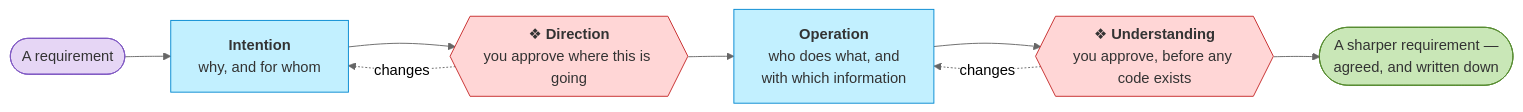
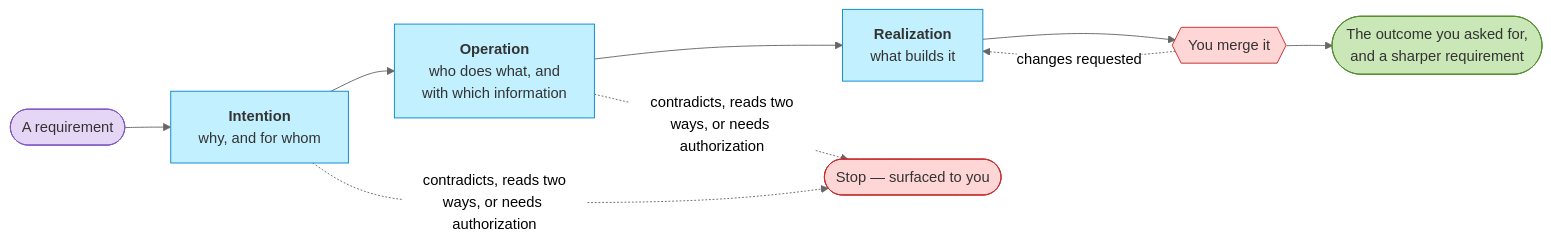
Before and after one commit to roanboc/archreator: the diagram in README.md, drawn with Mermaid (neutral theme). The commit also changed other lines of this file and 49 other files, not shown here.

````diff
--- a/README.md
+++ b/README.md
@@ -43,17 +41,19 @@
 ```mermaid
 flowchart LR
   req(["A requirement"]):::human
   intention["<b>Intention</b><br/>why, and for whom"]:::ai
-  gA{{"❖ <b>Direction</b><br/>you approve where this is going"}}:::gate
   operation["<b>Operation</b><br/>who does what, and<br/>with which information"]:::ai
-  gB{{"❖ <b>Understanding</b><br/>you approve, before any code exists"}}:::gate
-  out(["A sharper requirement —<br/>agreed, and written down"]):::done
+  realization["<b>Realization</b><br/>what builds it"]:::ai
+  stop(["Stop — surfaced to you"]):::gate
+  merge{{"You merge it"}}:::gate
+  out(["The outcome you asked for,<br/>and a sharper requirement"]):::done
 
-  req --> intention --> gA --> operation --> gB --> out
-  gA -.->|"changes"| intention
-  gB -.->|"changes"| operation
+  req --> intention --> operation --> realization --> merge --> out
+  intention -.->|"contradicts, reads two<br/>ways, or needs authorization"| stop
+  operation -.->|"contradicts, reads two<br/>ways, or needs authorization"| stop
+  merge -.->|"changes requested"| realization
   classDef human fill:#e6d6f5,stroke:#7e57c2,color:#333
   classDef ai fill:#c2f0ff,stroke:#0288d1,color:#333
   classDef gate fill:#ffd6d6,stroke:#c62828,color:#333
   classDef done fill:#c9e7b7,stroke:#558b2f,color:#333
 ```
````
